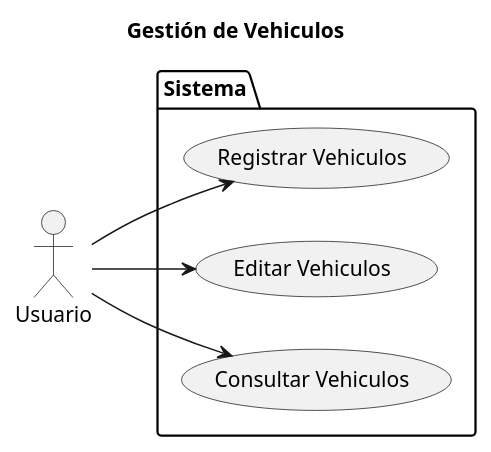
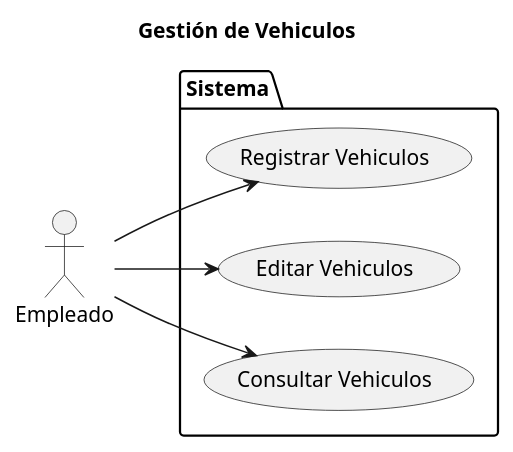
Before and after one commit to marcelolezcanodev/GarageGuru: the diagram in Diagramas/caso_de_uso_Vehiculos.plantuml, drawn with PlantUML. The commit also changed 17 other files, not shown here.

```diff
--- a/Diagramas/caso_de_uso_Vehiculos.plantuml
+++ b/Diagramas/caso_de_uso_Vehiculos.plantuml
@@ -1,21 +1,21 @@
-@startuml vehiculos
+@startuml CU_vehiculos
 
 left to right direction
 
 title Gestión de Vehiculos
 
-actor Usuario as User
+actor Empleado as User
 
 package Sistema {
 
     USECASE "Registrar Vehiculos" as UC_Registrar
     USECASE "Editar Vehiculos" as UC_Editar
     USECASE "Consultar Vehiculos" as UC_Consultar
 
 }
 
 User --> UC_Registrar
 User --> UC_Editar
 User --> UC_Consultar
 
 @enduml
```
